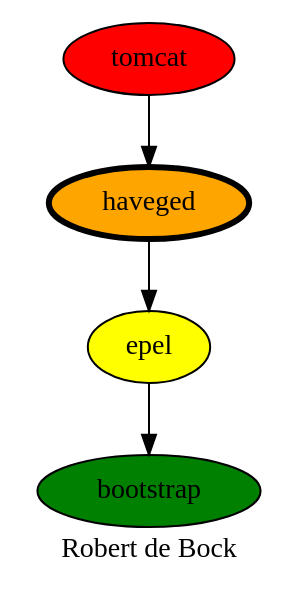
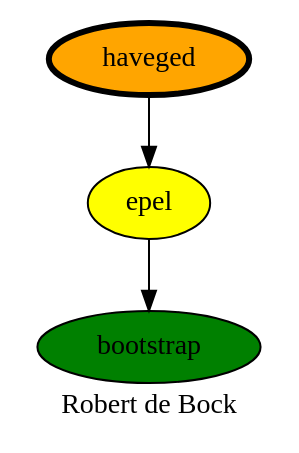
The diagram in haveged.dot (robertdebock/drawings), drawn with Graphviz before and after one commit. The commit also changed 12 other files, not shown here.

```diff
--- a/haveged.dot
+++ b/haveged.dot
@@ -1,14 +1,12 @@
 
 digraph PhiloDilemma {
   label = "Robert de Bock" ;
   overlap=false
   {
     bootstrap [fillcolor=green style=filled]
     epel [fillcolor=yellow style=filled]
     haveged [fillcolor=orange style=filled penwidth=3]
-    tomcat [fillcolor=red style=filled]
   }
   epel -> bootstrap
   haveged -> epel
-  tomcat -> haveged
 }
```
